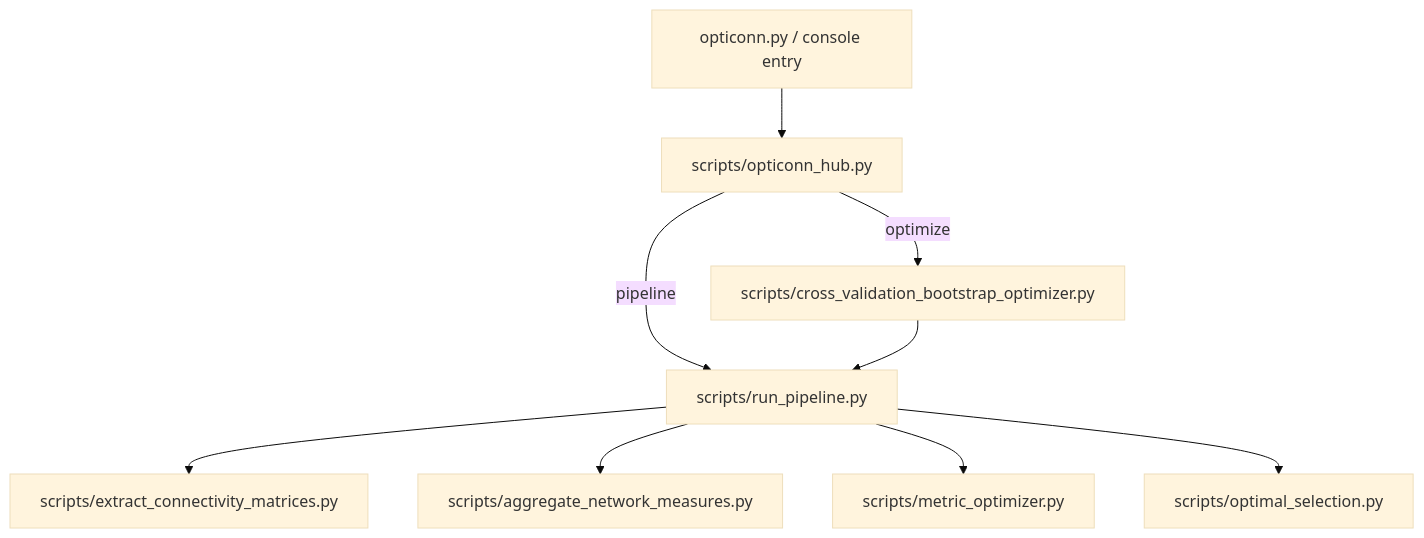
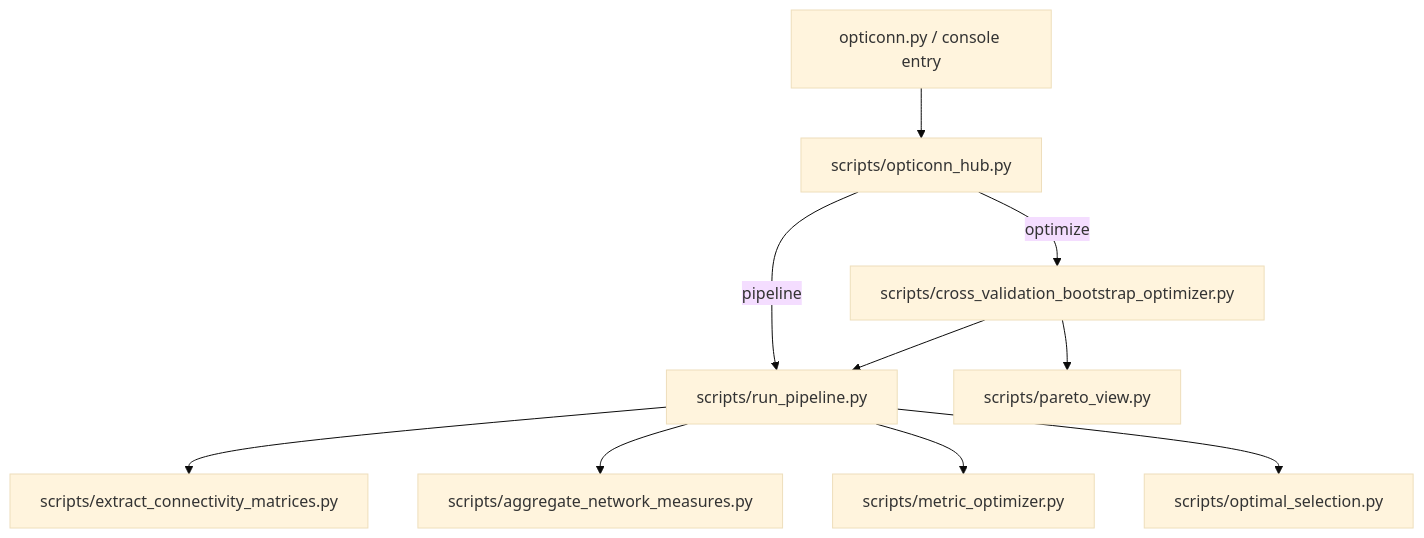
The diagram in README.md (MRI-Lab-Graz/opticonn), drawn with Mermaid (base theme) before and after one commit. The commit also changed other lines of this file and 4 other files, not shown here.

````diff
--- a/README.md
+++ b/README.md
@@ -186,11 +213,12 @@
 ```mermaid
 graph TD
     A[opticonn.py / console entry] --> B[scripts/opticonn_hub.py]
     B -->|pipeline| C[scripts/run_pipeline.py]
     B -->|optimize| H[scripts/cross_validation_bootstrap_optimizer.py]
     C --> D[scripts/extract_connectivity_matrices.py]
     C --> E[scripts/aggregate_network_measures.py]
     C --> F[scripts/metric_optimizer.py]
     C --> G[scripts/optimal_selection.py]
     H --> C
+   H --> I[scripts/pareto_view.py]
 ```
````
